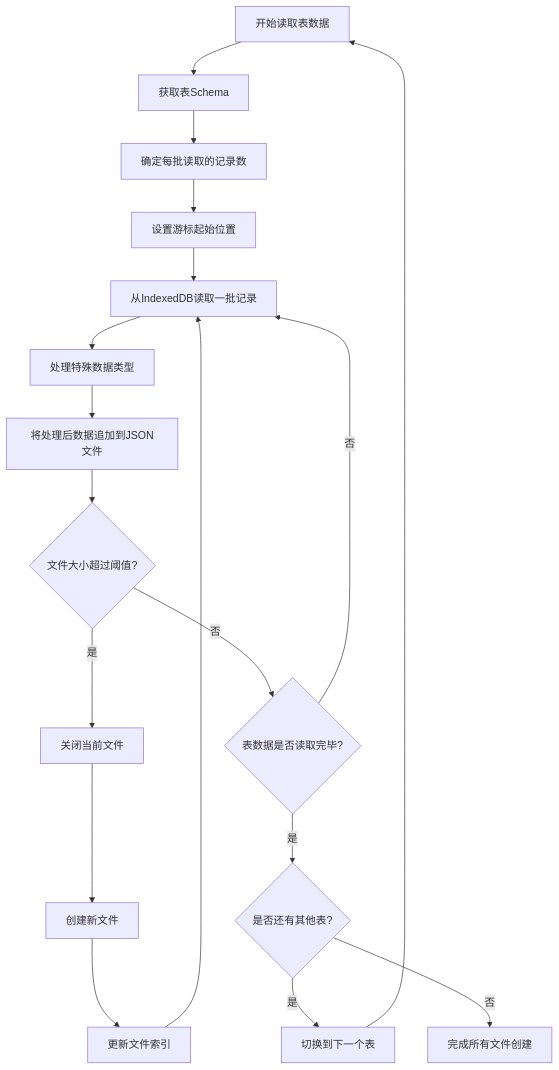
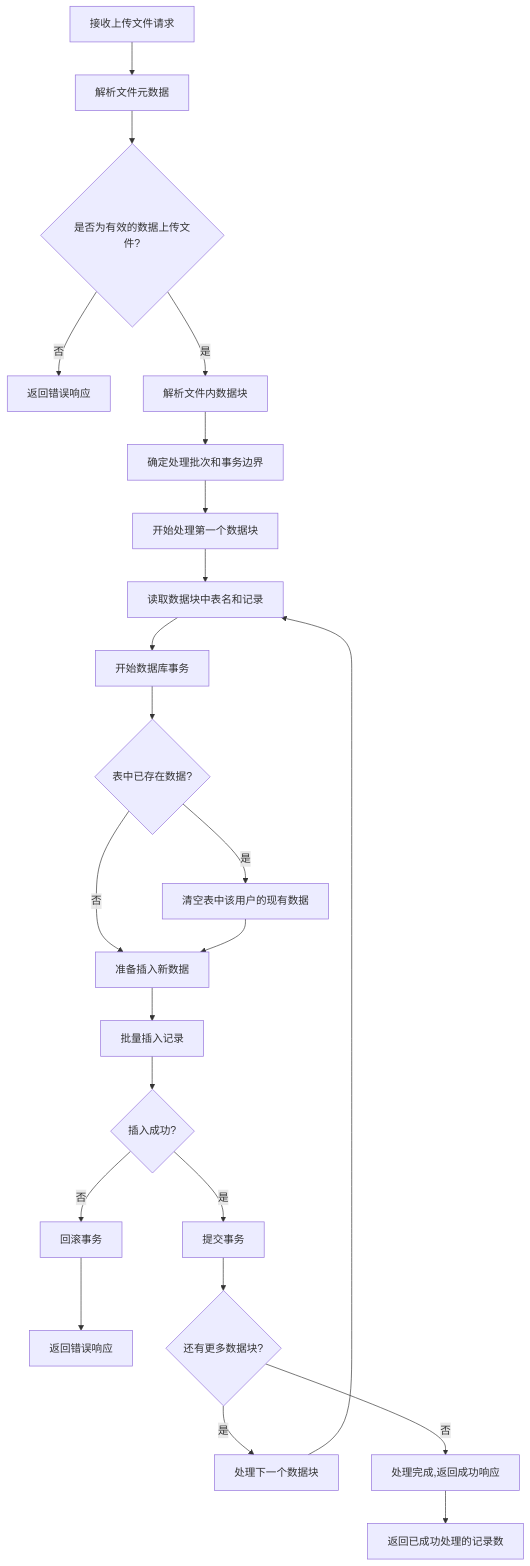
The diagram in all/未命名-59.md (yingjianzh/iodraw-files), drawn with Mermaid before and after one commit.

Commit message:
2025-05-14 16:56:32 update

````diff
--- a/all/未命名-59.md
+++ b/all/未命名-59.md
@@ -1,25 +1,34 @@
 ```mermaid
 flowchart TD
-    A[开始读取表数据] --> B[获取表Schema]
-    B --> C[确定每批读取的记录数]
-    C --> D[设置游标起始位置]
+    A[接收上传文件请求] --> B[解析文件元数据]
+    B --> C{是否为有效的数据上传文件?}
     
-    D --> E[从IndexedDB读取一批记录]
-    E --> F[处理特殊数据类型]
-    F --> G[将处理后数据追加到JSON文件]
+    C -->|否| D[返回错误响应]
+    C -->|是| E[解析文件内数据块]
     
-    G --> H{文件大小超过阈值?}
-    H -->|是| I[关闭当前文件]
-    I --> J[创建新文件]
-    J --> K[更新文件索引]
-    K --> E
+    E --> F[确定处理批次和事务边界]
+    F --> G[开始处理第一个数据块]
     
-    H -->|否| L{表数据是否读取完毕?}
-    L -->|否| E
-    L -->|是| M{是否还有其他表?}
+    G --> H[读取数据块中表名和记录]
+    H --> I[开始数据库事务]
     
-    M -->|是| N[切换到下一个表]
-    N --> A
+    I --> J{表中已存在数据?}
+    J -->|是| K[清空表中该用户的现有数据]
+    J -->|否| L[准备插入新数据]
     
-    M -->|否| O[完成所有文件创建]
+    K --> L
+    L --> M[批量插入记录]
+    
+    M --> N{插入成功?}
+    N -->|否| O[回滚事务]
+    O --> P[返回错误响应]
+    
+    N -->|是| Q[提交事务]
+    Q --> R{还有更多数据块?}
+    
+    R -->|是| S[处理下一个数据块]
+    S --> H
+    
+    R -->|否| T[处理完成,返回成功响应]
+    T --> U[返回已成功处理的记录数]
 ```
````
